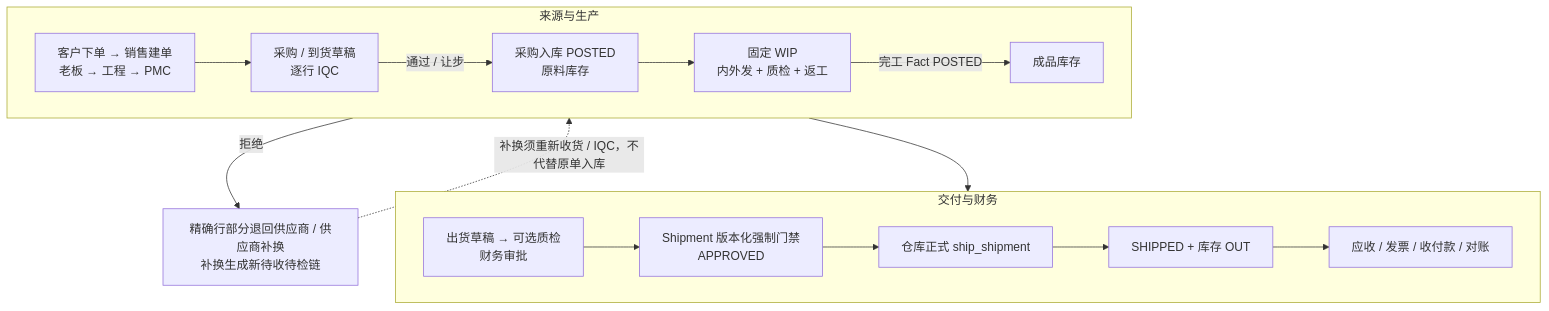
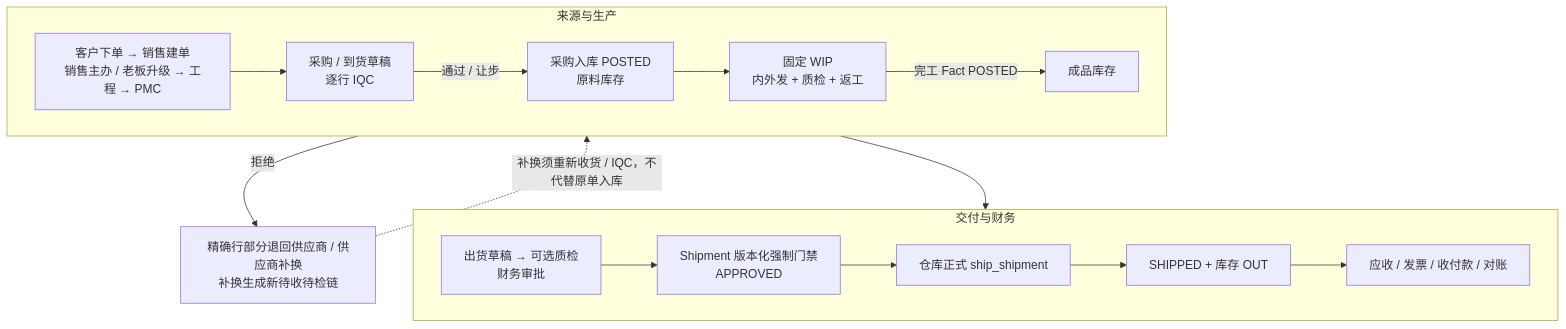
One commit to saurick/plush-toy-erp changed the fourth of 18 diagrams in docs/customers/yoyoosun/角色能力与流程矩阵.md. Above: the diagram before and after it, drawn with Mermaid. The commit also changed other lines of this file and 13 other files, not shown here.

````diff
--- a/docs/customers/yoyoosun/角色能力与流程矩阵.md
+++ b/docs/customers/yoyoosun/角色能力与流程矩阵.md
@@ -542,18 +542,18 @@
 ```mermaid
 flowchart TD
   subgraph sourceToStock["来源与生产"]
     direction LR
-    order["客户下单 → 销售建单<br/>老板 → 工程 → PMC"] --> supply["采购 / 到货草稿<br/>逐行 IQC"]
+    order["客户下单 → 销售建单<br/>销售主办 / 老板升级 → 工程 → PMC"] --> supply["采购 / 到货草稿<br/>逐行 IQC"]
     supply -- "通过 / 让步" --> materialStock["采购入库 POSTED<br/>原料库存"]
     materialStock --> wip["固定 WIP<br/>内外发 + 质检 + 返工"]
     wip -- "完工 Fact POSTED" --> finishedStock["成品库存"]
   end
   supply -- "拒绝" --> rejection["精确行部分退回供应商 / 供应商补换<br/>补换生成新待收待检链"]
   rejection -. "补换须重新收货 / IQC，不代替原单入库" .-> supply
   subgraph stockToFinance["交付与财务"]
     direction LR
     release["出货草稿 → 可选质检<br/>财务审批"] --> released["Shipment 版本化强制门禁<br/>APPROVED"]
     released --> ship["仓库正式 ship_shipment"] --> shipped["SHIPPED + 库存 OUT"] --> finance["应收 / 发票 / 收付款 / 对账"]
   end
   finishedStock --> release
 ```
````
